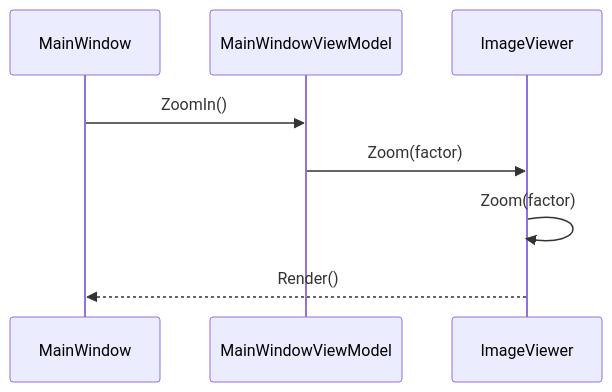
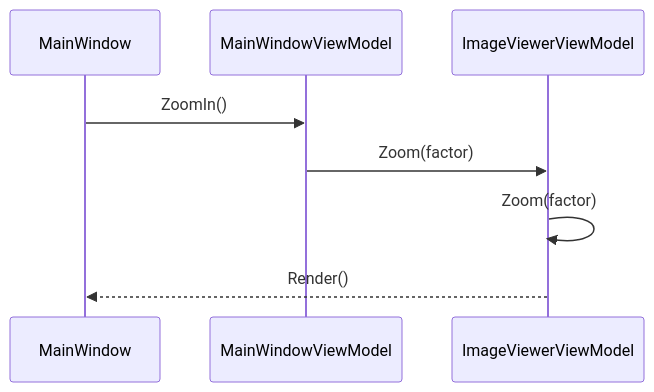
Before and after one commit to inden-t/DicomApp: the third of 5 diagrams in projects/WpfApp/README.md, drawn with Mermaid. The commit also changed other lines of this file, not shown here.

````diff
--- a/projects/WpfApp/README.md
+++ b/projects/WpfApp/README.md
@@ -166,11 +177,11 @@
 ```mermaid
 sequenceDiagram
     participant MainWindow
     participant MainWindowViewModel
-    participant ImageViewer
+    participant ImageViewerViewModel
 
     MainWindow ->> MainWindowViewModel: ZoomIn()
-    MainWindowViewModel ->> ImageViewer: Zoom(factor)
-    ImageViewer ->> ImageViewer: Zoom(factor)
-    ImageViewer -->> MainWindow: Render()
+    MainWindowViewModel ->> ImageViewerViewModel: Zoom(factor)
+    ImageViewerViewModel ->> ImageViewerViewModel: Zoom(factor)
+    ImageViewerViewModel -->> MainWindow: Render()
 ```
````
